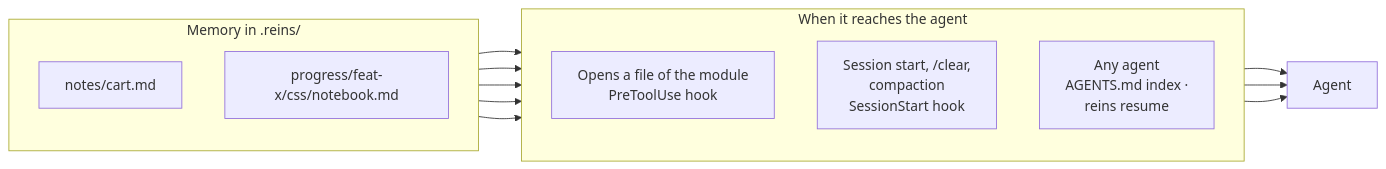
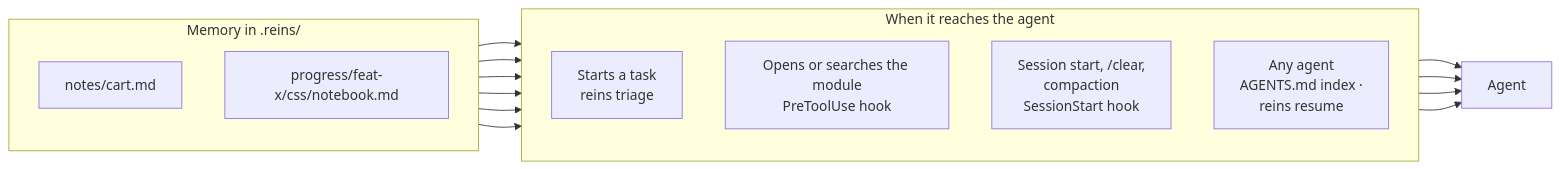
One commit to fredarcito/reins changed the fourth of 5 diagrams in README.md. Above: the diagram before and after it, drawn with Mermaid. The commit also changed other lines of this file and 42 other files, not shown here.

````diff
--- a/README.md
+++ b/README.md
@@ -192,22 +192,25 @@
 ```mermaid
 flowchart LR
     subgraph mem["Memory in .reins/"]
         direction TB
         note["notes/cart.md"]
         nb["progress/feat-x/css/notebook.md"]
     end
     subgraph when["When it reaches the agent"]
         direction TB
-        open["Opens a file of the module<br/>PreToolUse hook"]
+        triage["Starts a task<br/>reins triage"]
+        open["Opens or searches the module<br/>PreToolUse hook"]
         start["Session start, /clear,<br/>compaction<br/>SessionStart hook"]
         any["Any agent<br/>AGENTS.md index ·<br/>reins resume"]
     end
+    note --> triage
     note --> open
     note --> start
     nb --> start
     note --> any
     nb --> any
-    open --> agent["Agent"]
+    triage --> agent["Agent"]
+    open --> agent
     start --> agent
     any --> agent
 ```
````
